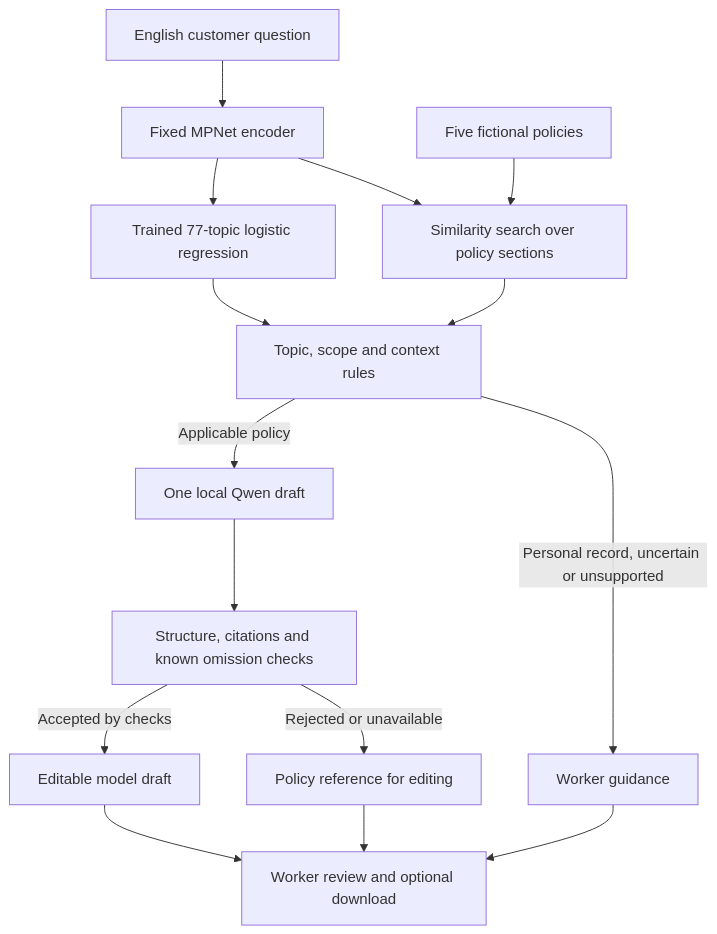
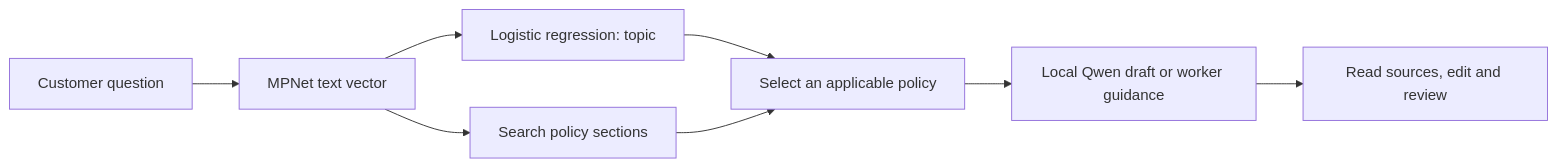
The diagram in README.md (YavuzahmetR/financial-support-assistant), drawn with Mermaid before and after one commit. The commit also changed other lines of this file and 9 other files, not shown here.

````diff
--- a/README.md
+++ b/README.md
@@ -23,17 +12,10 @@
 ```mermaid
-flowchart TD
-    Q[English customer question] --> E[Fixed MPNet encoder]
-    E --> C[Trained 77-topic logistic regression]
-    E --> R[Similarity search over policy sections]
-    P[Five fictional policies] --> R
-    C --> D[Topic, scope and context rules]
-    R --> D
-    D -->|Personal record, uncertain or unsupported| W[Worker guidance]
-    D -->|Applicable policy| L[One local Qwen draft]
-    L --> V[Structure, citations and known omission checks]
-    V -->|Accepted by checks| A[Editable model draft]
-    V -->|Rejected or unavailable| F[Policy reference for editing]
-    A --> H[Worker review and optional download]
-    F --> H
-    W --> H
+flowchart LR
+    Q[Customer question] --> E[MPNet text vector]
+    E --> C[Logistic regression: topic]
+    E --> R[Search policy sections]
+    C --> S[Select an applicable policy]
+    R --> S
+    S --> D[Local Qwen draft or worker guidance]
+    D --> H[Read sources, edit and review]
 ```
````
